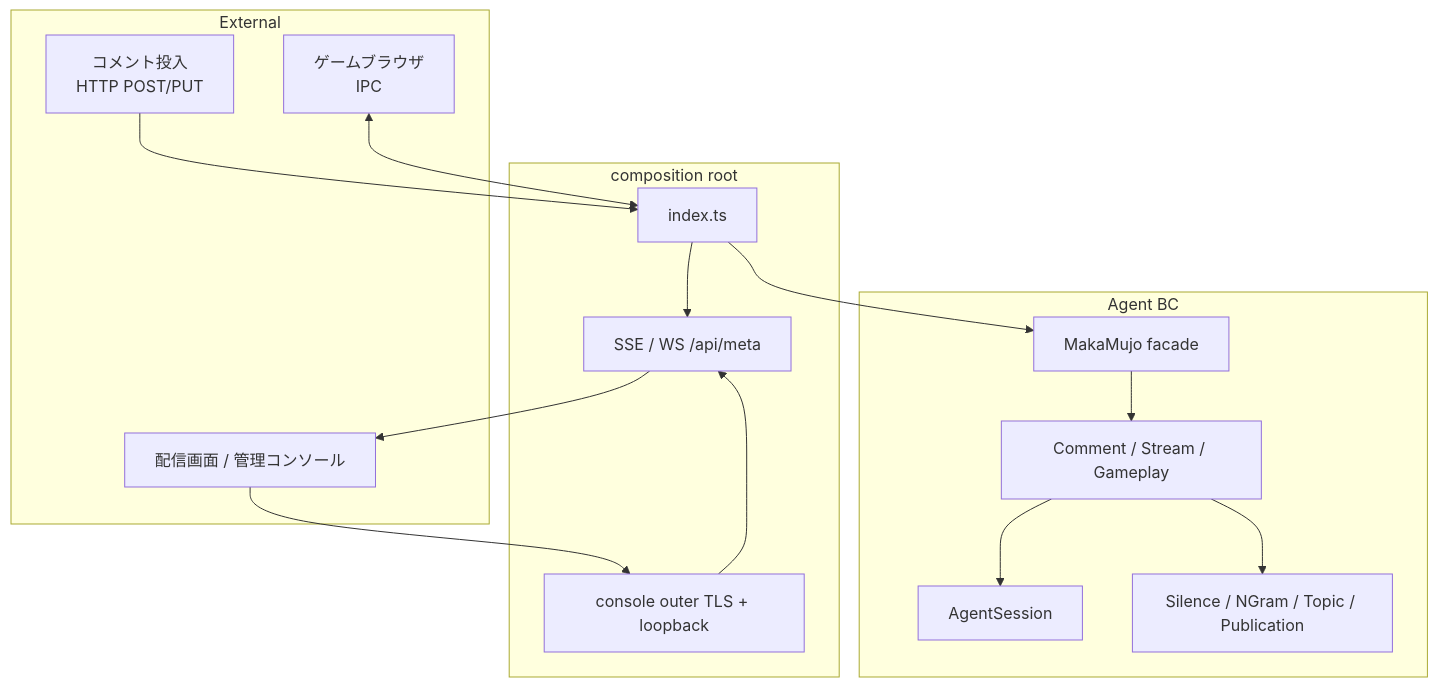
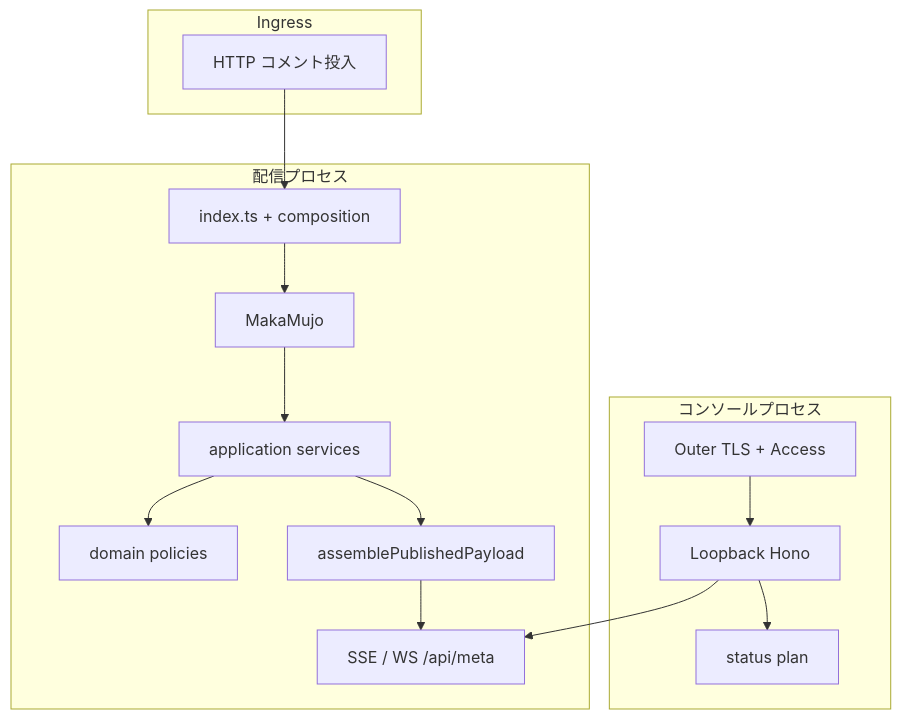
One commit to nahcnuj/makamujo changed the second of 2 diagrams in architecture/main-target-state.md. Above: the diagram before and after it, drawn with Mermaid. The commit also changed other lines of this file and 3 other files, not shown here.

Commit message:
docs(architecture): reframe main-target-state as mino-driven system model

````diff
--- a/architecture/main-target-state.md
+++ b/architecture/main-target-state.md
@@ -62,31 +165,28 @@
 ```mermaid
 flowchart TB
-  subgraph External
-    Comments["コメント投入<br/>HTTP POST/PUT"]
-    Game["ゲームブラウザ<br/>IPC"]
-    Viewers["配信画面 / 管理コンソール"]
+  subgraph Ingress
+    HTTP["HTTP コメント投入"]
   end
 
-  subgraph Host["composition root"]
-    Index["index.ts"]
-    Console["console outer TLS + loopback"]
-    Broadcast["SSE / WS /api/meta"]
+  subgraph Process["配信プロセス"]
+    Root["index.ts + composition"]
+    Facade["MakaMujo"]
+    App["application services"]
+    Dom["domain policies"]
+    Pub["assemblePublishedPayload"]
+    Out["SSE / WS /api/meta"]
   end
 
-  subgraph Agent["Agent BC"]
-    MakaMujo["MakaMujo facade"]
-    Session["AgentSession"]
-    Services["Comment / Stream / Gameplay"]
-    Domain["Silence / NGram / Topic / Publication"]
+  subgraph ConsoleProc["コンソールプロセス"]
+    Outer["Outer TLS + Access"]
+    Loop["Loopback Hono"]
+    Plan["status plan"]
   end
 
-  Comments --> Index
-  Game <--> Index
-  Index --> MakaMujo
-  MakaMujo --> Services --> Session
-  Services --> Domain
-  Index --> Broadcast
-  Broadcast --> Viewers
-  Console --> Broadcast
-  Viewers --> Console
+  HTTP --> Root
+  Root --> Facade --> App --> Dom
+  App --> Pub --> Out
+  Outer --> Loop
+  Loop --> Out
+  Loop --> Plan
 ```
````
